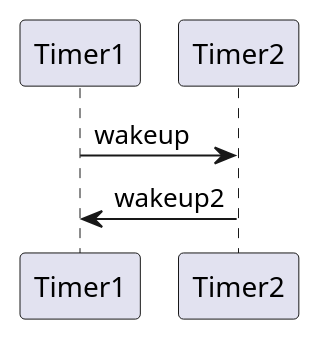
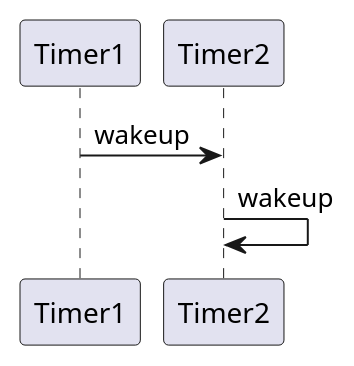
The diagram in diagram.puml (dkgoody/dtimer), drawn with PlantUML before and after one commit.

```diff
--- a/diagram.puml
+++ b/diagram.puml
@@ -1,4 +1,4 @@
 @startuml
 Timer1 -> Timer2 : wakeup
-Timer2 -> Timer1 : wakeup2
+Timer2 -> Timer2 : wakeup
 @enduml
```
